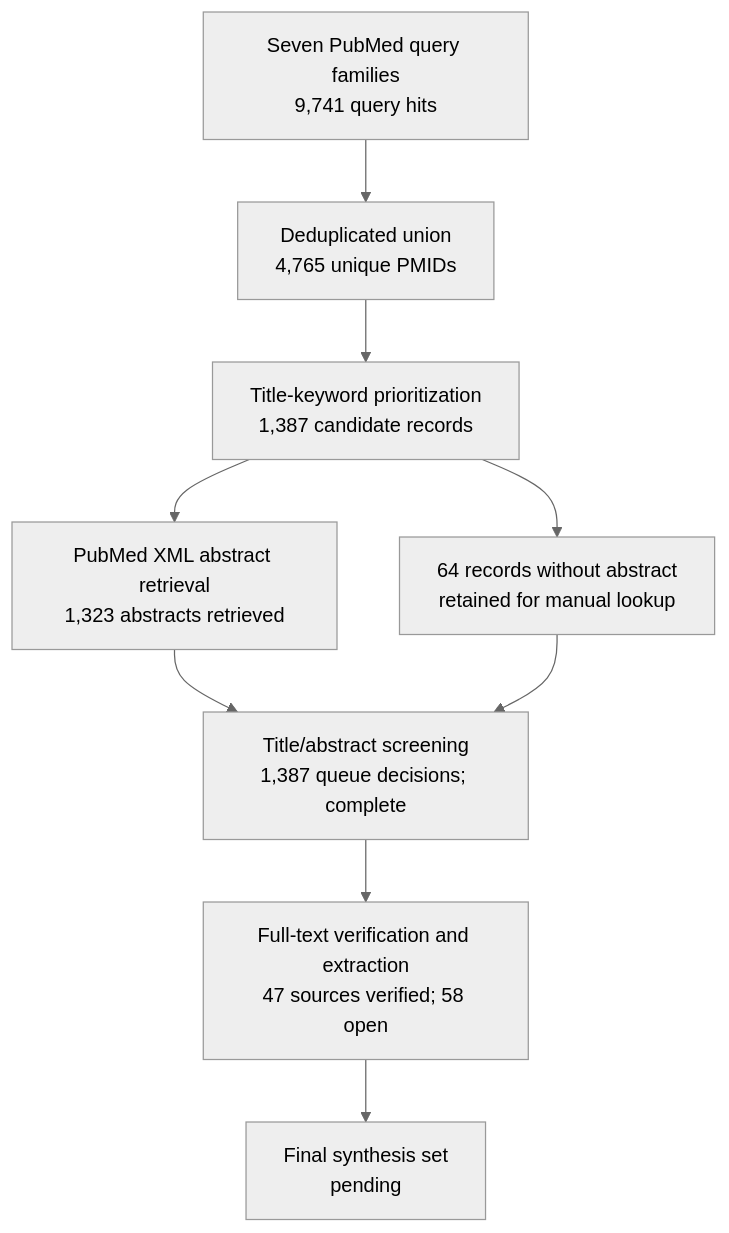
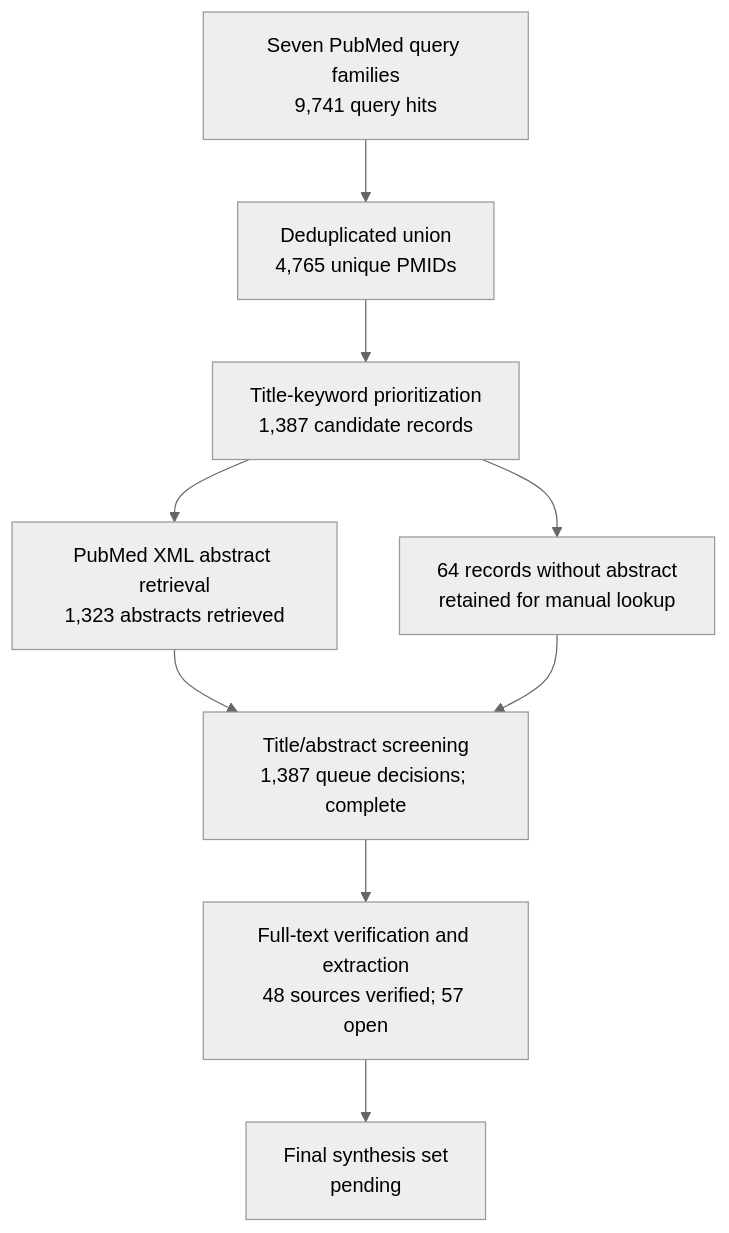
The diagram in manuscript/review-flow.md (dcmcshan/artemisia), drawn with Mermaid (neutral theme) before and after one commit. The commit also changed other lines of this file and 15 other files, not shown here.

````diff
--- a/manuscript/review-flow.md
+++ b/manuscript/review-flow.md
@@ -5,11 +5,11 @@
 ```mermaid
 flowchart TB
   Q[Seven PubMed query families<br/>9,741 query hits] --> U[Deduplicated union<br/>4,765 unique PMIDs]
   U --> T[Title-keyword prioritization<br/>1,387 candidate records]
   T --> A[PubMed XML abstract retrieval<br/>1,323 abstracts retrieved]
   T --> N[64 records without abstract<br/>retained for manual lookup]
   A --> M[Title/abstract screening<br/>1,387 queue decisions; complete]
   N --> M
-  M --> F[Full-text verification and extraction<br/>47 sources verified; 58 open]
+  M --> F[Full-text verification and extraction<br/>48 sources verified; 57 open]
   F --> S[Final synthesis set<br/>pending]
 ```
````
